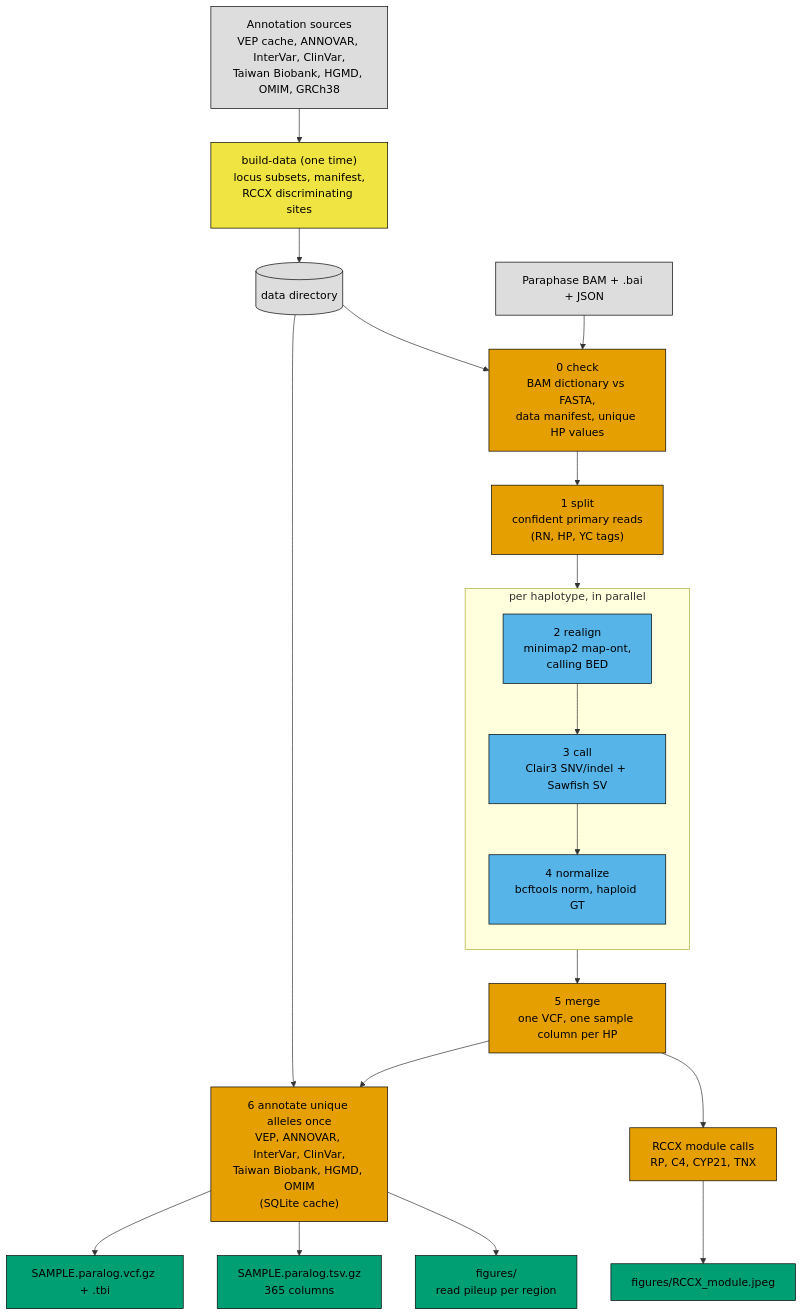
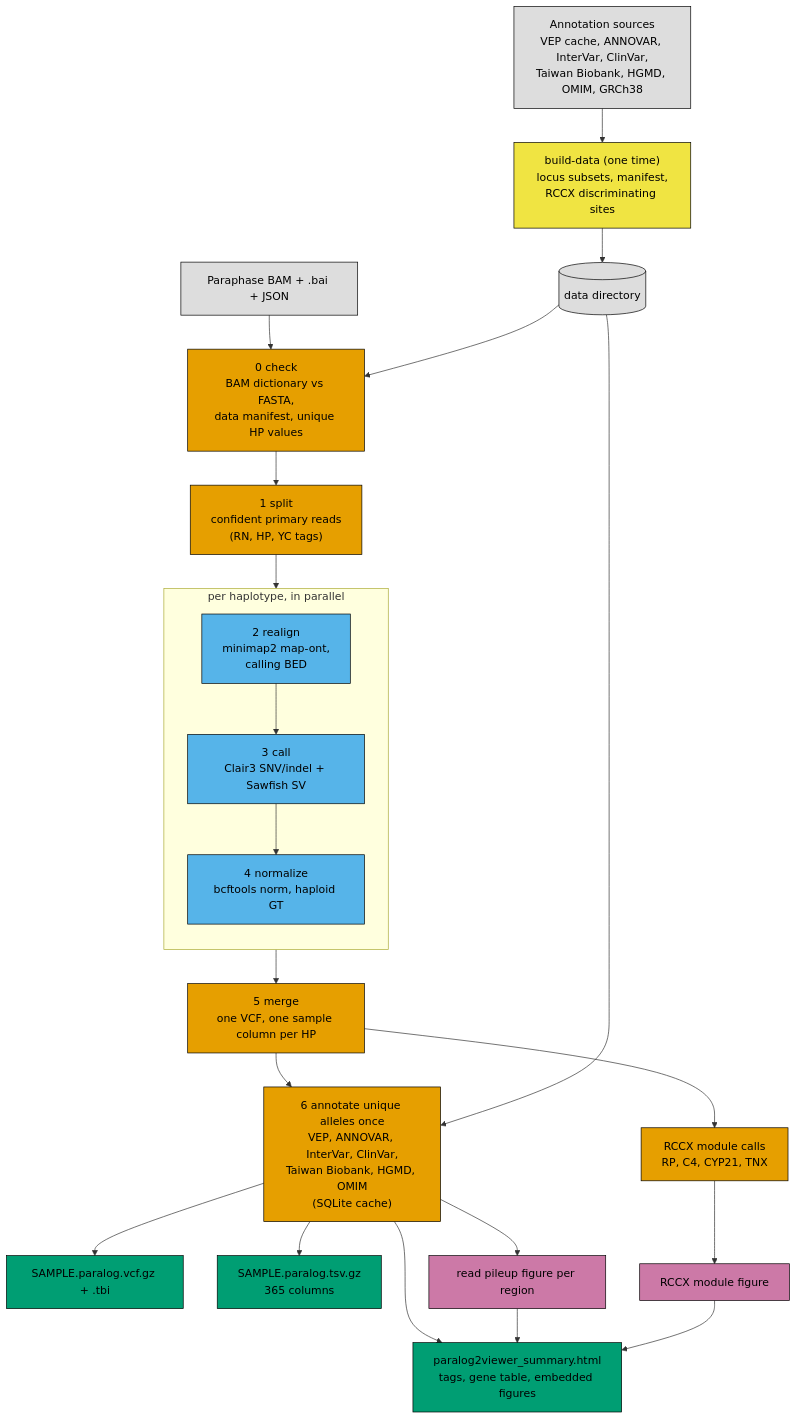
Before and after one commit to oumarkme/paralog2viewer: the diagram in README.md, drawn with Mermaid. The commit also changed other lines of this file and 11 other files, not shown here.

````diff
--- a/README.md
+++ b/README.md
@@ -19,36 +19,40 @@
 ```mermaid
 flowchart TD
     IN["Paraphase BAM + .bai + JSON"]:::input
     SRC["Annotation sources<br/>VEP cache, ANNOVAR, InterVar, ClinVar,<br/>Taiwan Biobank, HGMD, OMIM, GRCh38"]:::input
     BUILD["build-data (one time)<br/>locus subsets, manifest,<br/>RCCX discriminating sites"]:::once
     DATA[("data directory")]:::input
     SRC --> BUILD --> DATA
 
     IN --> CHECK["0 check<br/>BAM dictionary vs FASTA,<br/>data manifest, unique HP values"]:::global
     DATA --> CHECK
     CHECK --> SPLIT["1 split<br/>confident primary reads<br/>(RN, HP, YC tags)"]:::global
 
     subgraph PER["per haplotype, in parallel"]
         direction TB
         REALIGN["2 realign<br/>minimap2 map-ont,<br/>calling BED"]:::hap
         CALL["3 call<br/>Clair3 SNV/indel + Sawfish SV"]:::hap
         NORM["4 normalize<br/>bcftools norm, haploid GT"]:::hap
         REALIGN --> CALL --> NORM
     end
 
     SPLIT --> REALIGN
     NORM --> MERGE["5 merge<br/>one VCF, one sample column per HP"]:::global
     MERGE --> ANN["6 annotate unique alleles once<br/>VEP, ANNOVAR, InterVar, ClinVar,<br/>Taiwan Biobank, HGMD, OMIM<br/>(SQLite cache)"]:::global
     DATA --> ANN
     MERGE --> RCCX["RCCX module calls<br/>RP, C4, CYP21, TNX"]:::global
     ANN --> VCF["SAMPLE.paralog.vcf.gz + .tbi"]:::output
     ANN --> MV["SAMPLE.paralog.tsv.gz<br/>365 columns"]:::output
-    ANN --> FIG["figures/<br/>read pileup per region"]:::output
-    RCCX --> RFIG["figures/RCCX_module.jpeg"]:::output
+    ANN --> FIG["read pileup figure per region"]:::hap2
+    RCCX --> RFIG["RCCX module figure"]:::hap2
+    ANN --> SUM["paralog2viewer_summary.html<br/>tags, gene table, embedded figures"]:::output
+    FIG --> SUM
+    RFIG --> SUM
 
     classDef input fill:#DDDDDD,stroke:#000000,color:#000000
     classDef once fill:#F0E442,stroke:#000000,color:#000000
     classDef global fill:#E69F00,stroke:#000000,color:#000000
     classDef hap fill:#56B4E9,stroke:#000000,color:#000000
     classDef output fill:#009E73,stroke:#000000,color:#000000
+    classDef hap2 fill:#CC79A7,stroke:#000000,color:#000000
 ```
````
